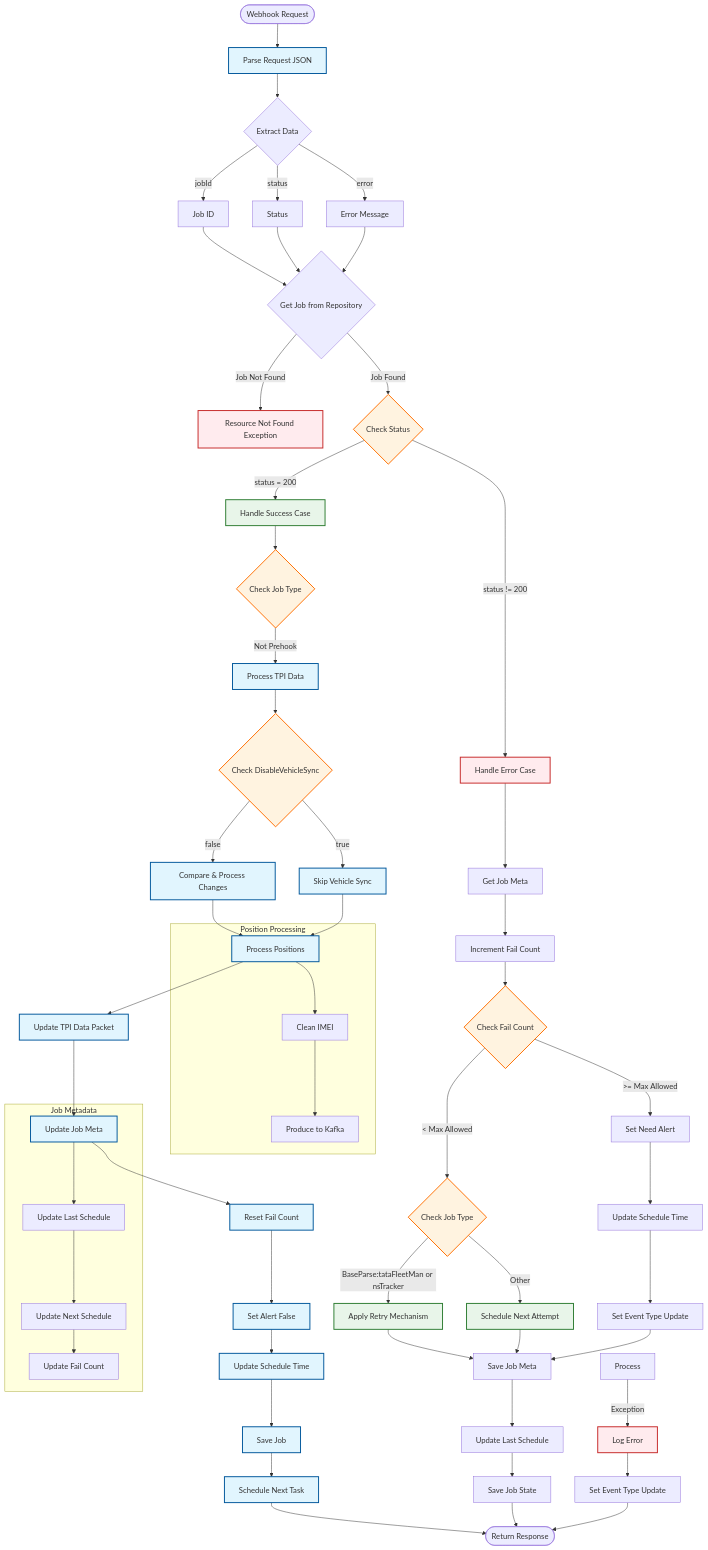
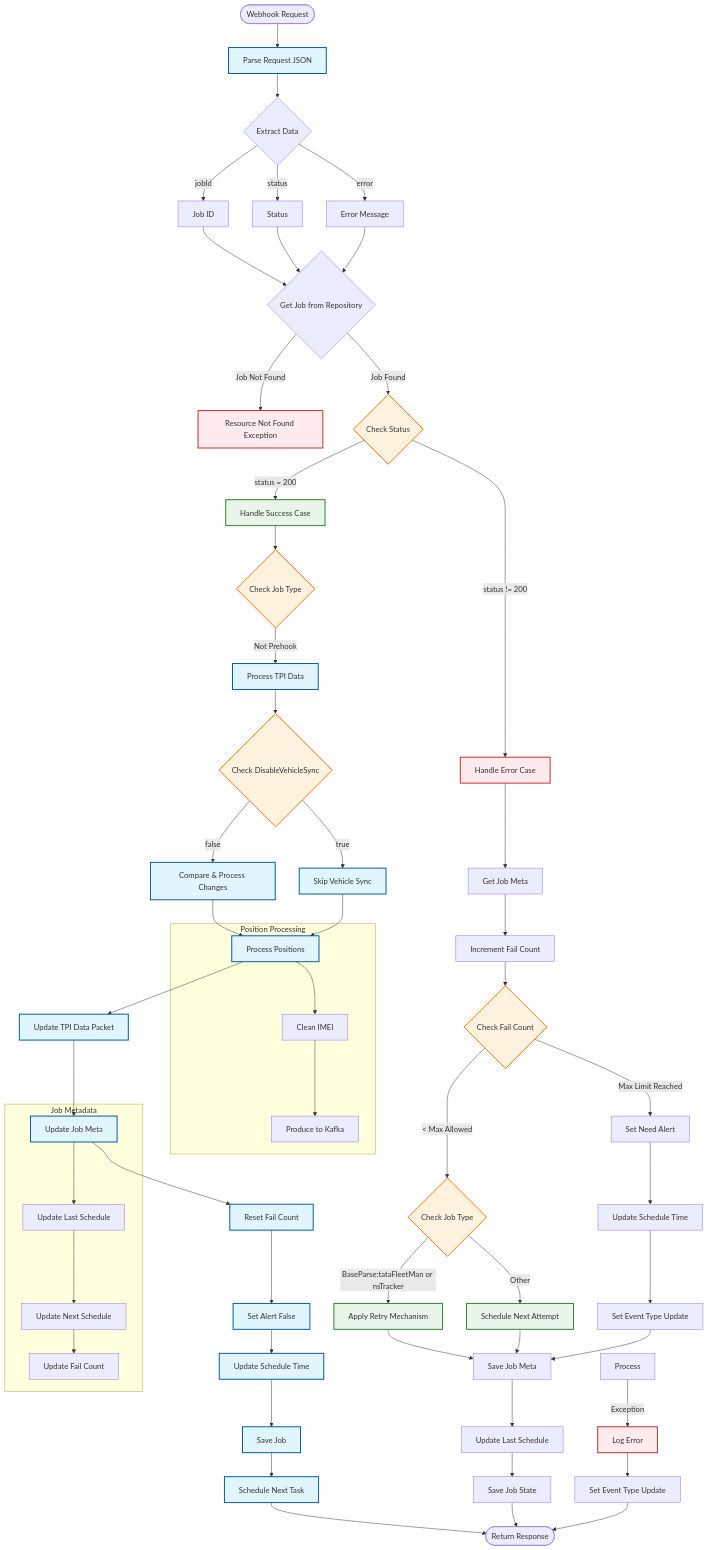
The diagram in TPI/WebhookAPI.mermaid (sahilFretron/myPush), drawn with Mermaid before and after one commit.

```diff
--- a/TPI/WebhookAPI.mermaid
+++ b/TPI/WebhookAPI.mermaid
@@ -1,81 +1,81 @@
 flowchart TD
     Start([Webhook Request]) --> A[Parse Request JSON]
     A --> B{Extract Data}
     B --> |jobId| C[Job ID]
     B --> |status| D[Status]
     B --> |error| E[Error Message]
     
     C & D & E --> F{Get Job from Repository}
     F -->|Job Not Found| G[Resource Not Found Exception]
     
     F -->|Job Found| H{Check Status}
     
     %% Success Flow
     H -->|status = 200| I[Handle Success Case]
     I --> J{Check Job Type}
     J -->|Not Prehook| K[Process TPI Data]
     
     K --> L{Check DisableVehicleSync}
     L -->|false| M[Compare & Process Changes]
     L -->|true| N[Skip Vehicle Sync]
     
     M & N --> O[Process Positions]
     O --> P[Update TPI Data Packet]
     
     %% Common Success Steps
     P --> Q[Update Job Meta]
     Q --> R[Reset Fail Count]
     R --> S[Set Alert False]
     S --> T[Update Schedule Time]
     T --> U[Save Job]
     U --> V[Schedule Next Task]
     
     %% Error Flow
     H -->|status != 200| W[Handle Error Case]
     W --> X[Get Job Meta]
     X --> Y[Increment Fail Count]
     
     Y --> Z{Check Fail Count}
     Z -->|< Max Allowed| AA{Check Job Type}
     AA -->|BaseParse:tataFleetMan or nsTracker| AB[Apply Retry Mechanism]
     AA -->|Other| AC[Schedule Next Attempt]
     
-    Z -->|>= Max Allowed| AD[Set Need Alert]
+    Z -->|Max Limit Reached| AD[Set Need Alert]
     AD --> AE[Update Schedule Time]
     AE --> AF[Set Event Type Update]
     
     AB & AC & AF --> AG[Save Job Meta]
     AG --> AH[Update Last Schedule]
     AH --> AI[Save Job State]
     
     %% Final Steps
     V & AI --> End([Return Response])
     
     %% Error Handling
     Process -->|Exception| ErrorLog[Log Error]
     ErrorLog --> ErrorUpdate[Set Event Type Update]
     ErrorUpdate --> End
     
     %% Subgraph for Position Processing
     subgraph Position Processing
         O --> O1[Clean IMEI]
         O1 --> O2[Produce to Kafka]
     end
     
     %% Subgraph for Job Meta Updates
     subgraph Job Metadata
         Q --> Q1[Update Last Schedule]
         Q1 --> Q2[Update Next Schedule]
         Q2 --> Q3[Update Fail Count]
     end
     
     %% Styling
     classDef process fill:#e1f5fe,stroke:#01579b,stroke-width:2px
     classDef decision fill:#fff3e0,stroke:#ff6f00,stroke-width:2px
     classDef error fill:#ffebee,stroke:#c62828,stroke-width:2px
     classDef success fill:#e8f5e9,stroke:#2e7d32,stroke-width:2px
     
     class A,K,M,N,O,P,Q,R,S,T,U,V process
     class H,J,L,Z,AA decision
     class G,W,ErrorLog error
     class I,AB,AC success
```
